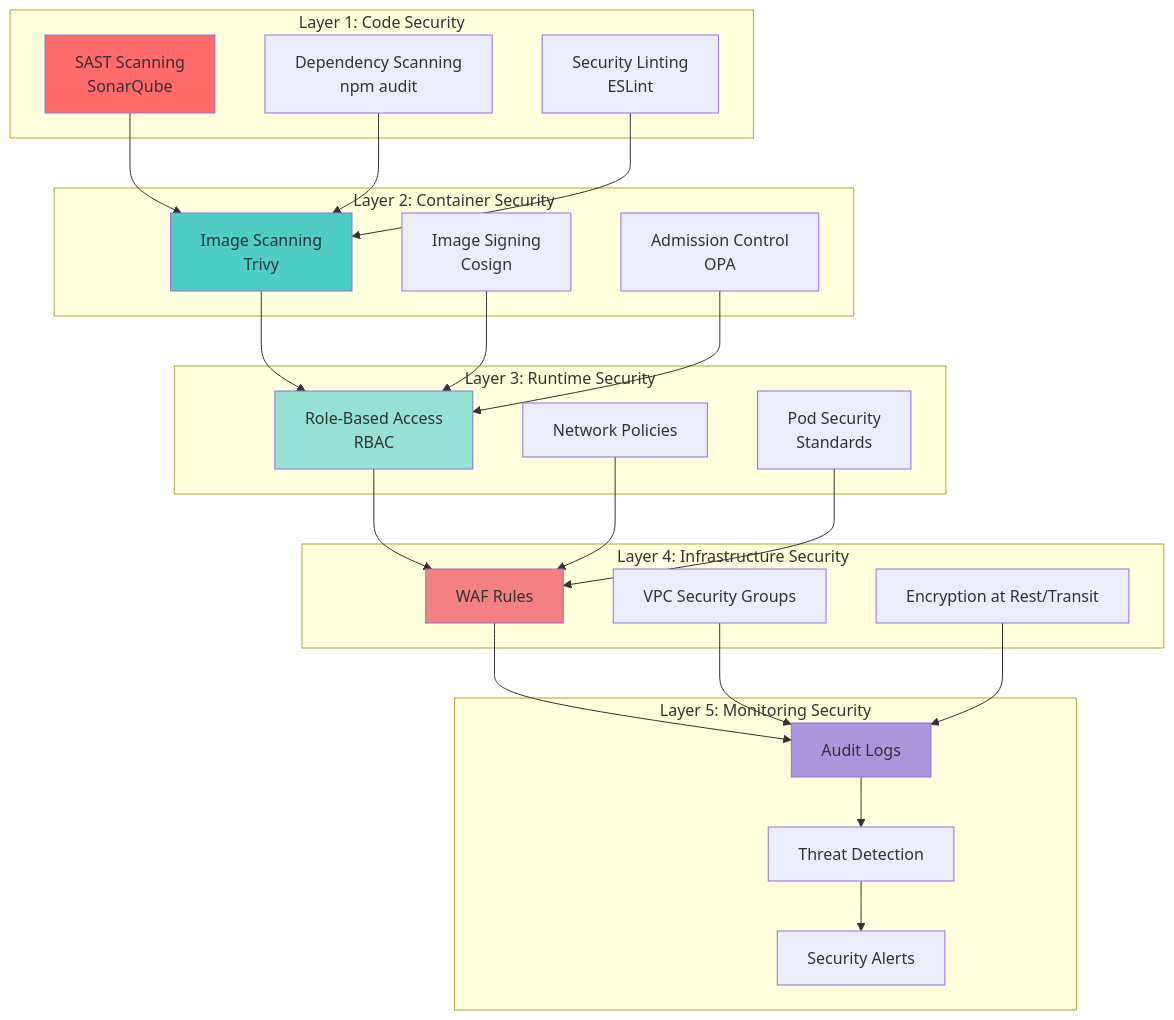
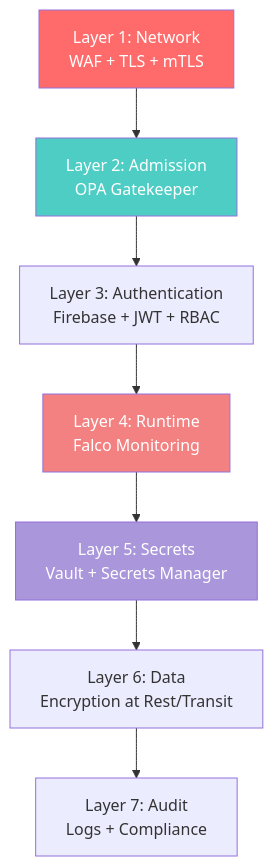
Before and after one commit to Derek-miranda/DocuThinker-AI: the ninth of 9 diagrams in DEVOPS.md, drawn with Mermaid. The commit also changed other lines of this file and 36 other files, not shown here.

Commit message:
feat(istio): add peer authentication and authorization policies for enhanced security

````diff
--- a/DEVOPS.md
+++ b/DEVOPS.md
@@ -747,56 +1177,17 @@
 ```mermaid
 graph TB
-    subgraph "Layer 1: Code Security"
-        SAST[SAST Scanning<br/>SonarQube]
-        DEP[Dependency Scanning<br/>npm audit]
-        LINT[Security Linting<br/>ESLint]
-    end
+    L1[Layer 1: Network<br/>WAF + TLS + mTLS]
+    L2[Layer 2: Admission<br/>OPA Gatekeeper]
+    L3[Layer 3: Authentication<br/>Firebase + JWT + RBAC]
+    L4[Layer 4: Runtime<br/>Falco Monitoring]
+    L5[Layer 5: Secrets<br/>Vault + Secrets Manager]
+    L6[Layer 6: Data<br/>Encryption at Rest/Transit]
+    L7[Layer 7: Audit<br/>Logs + Compliance]
 
-    subgraph "Layer 2: Container Security"
-        TRIVY[Image Scanning<br/>Trivy]
-        SIGN[Image Signing<br/>Cosign]
-        POLICY[Admission Control<br/>OPA]
-    end
+    L1 --> L2 --> L3 --> L4 --> L5 --> L6 --> L7
 
-    subgraph "Layer 3: Runtime Security"
-        RBAC[Role-Based Access<br/>RBAC]
-        NET_POL[Network Policies]
-        POD_SEC[Pod Security<br/>Standards]
-    end
-
-    subgraph "Layer 4: Infrastructure Security"
-        WAF_SEC[WAF Rules]
-        VPC_SEC[VPC Security Groups]
-        ENCRYPT[Encryption at Rest/Transit]
-    end
-
-    subgraph "Layer 5: Monitoring Security"
-        AUDIT[Audit Logs]
-        THREAT[Threat Detection]
-        ALERT_SEC[Security Alerts]
-    end
-
-    SAST --> TRIVY
-    DEP --> TRIVY
-    LINT --> TRIVY
-
-    TRIVY --> RBAC
-    SIGN --> RBAC
-    POLICY --> RBAC
-
-    RBAC --> WAF_SEC
-    NET_POL --> WAF_SEC
-    POD_SEC --> WAF_SEC
-
-    WAF_SEC --> AUDIT
-    VPC_SEC --> AUDIT
-    ENCRYPT --> AUDIT
-
-    AUDIT --> THREAT --> ALERT_SEC
-
-    style SAST fill:#FF6B6B
-    style TRIVY fill:#4ECDC4
-    style RBAC fill:#95E1D3
-    style WAF_SEC fill:#F38181
-    style AUDIT fill:#AA96DA
+    style L1 fill:#FF6B6B,color:#fff
+    style L2 fill:#4ECDC4,color:#fff
+    style L4 fill:#F38181,color:#fff
+    style L5 fill:#AA96DA,color:#fff
 ```
````
